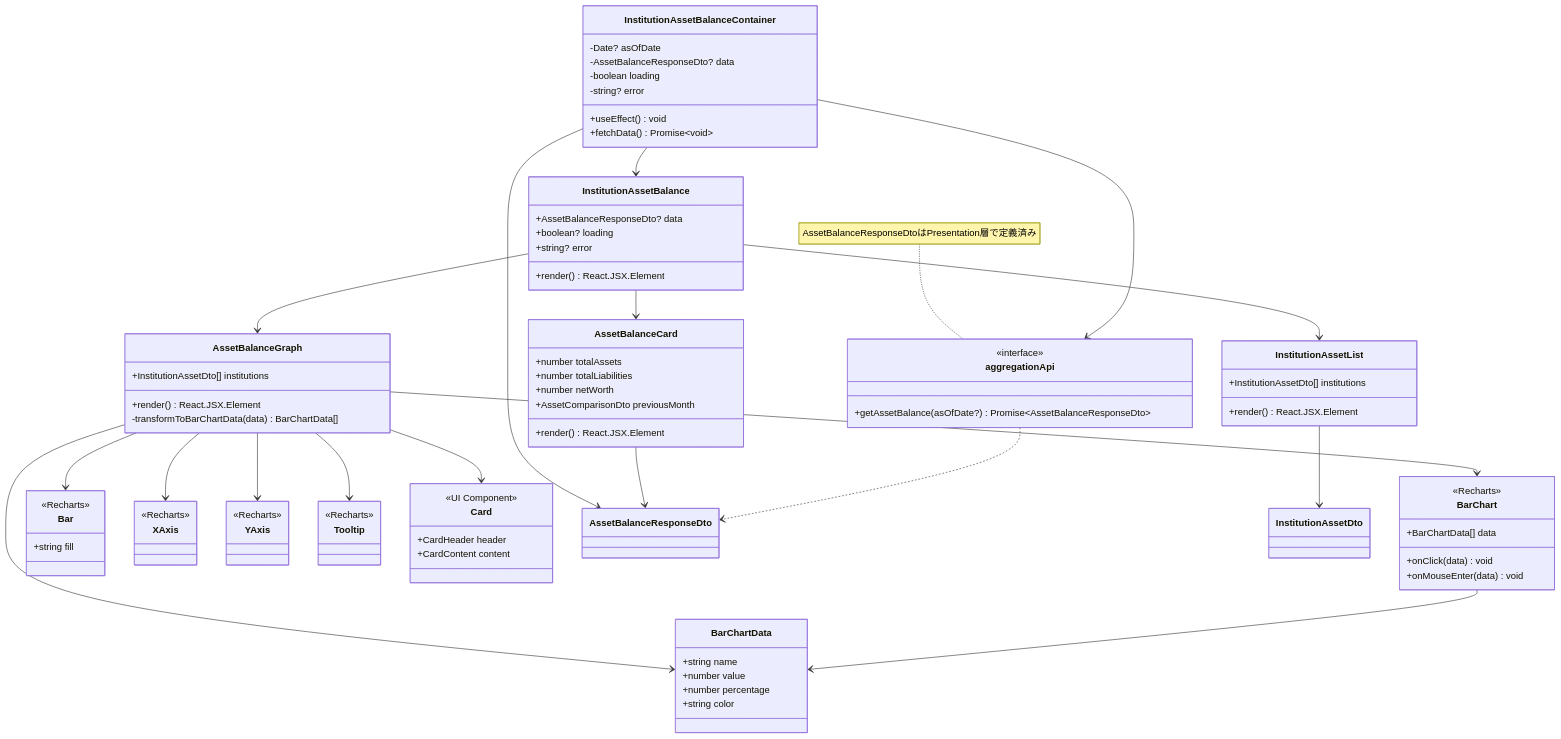
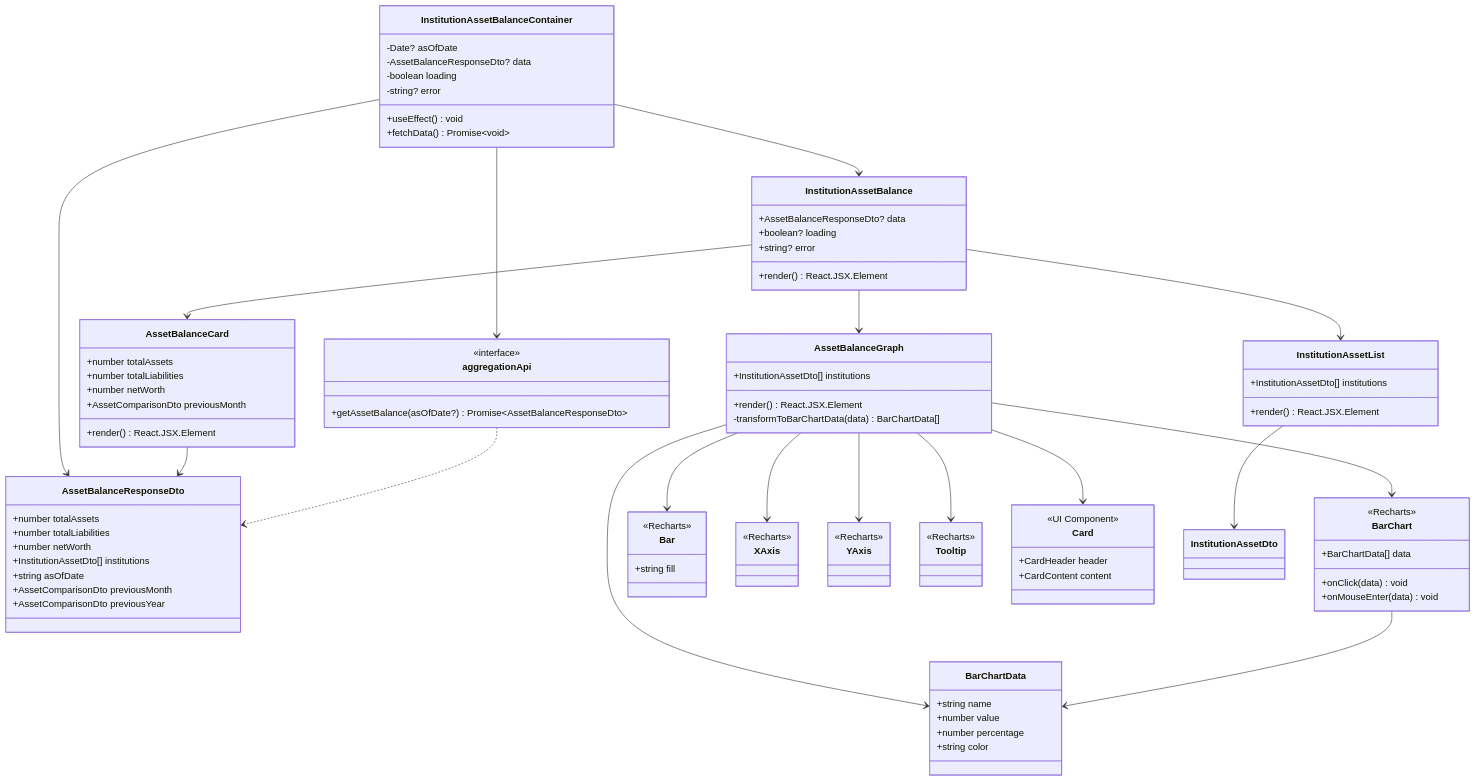
Before and after one commit to kencom2400/account-book: the fifth of 5 diagrams in docs/detailed-design/FR-026_institution-asset-balance/class-diagrams.md, drawn with Mermaid. The commit also changed other lines of this file and 7 other files, not shown here.

```diff
--- a/docs/detailed-design/FR-026_institution-asset-balance/class-diagrams.md
+++ b/docs/detailed-design/FR-026_institution-asset-balance/class-diagrams.md
@@ -363,7 +336,16 @@
         <<interface>>
         +getAssetBalance(asOfDate?) Promise~AssetBalanceResponseDto~
     }
-    note for aggregationApi "AssetBalanceResponseDtoはPresentation層で定義済み"
+
+    class AssetBalanceResponseDto {
+        +number totalAssets
+        +number totalLiabilities
+        +number netWorth
+        +InstitutionAssetDto[] institutions
+        +string asOfDate
+        +AssetComparisonDto previousMonth
+        +AssetComparisonDto previousYear
+    }
 
     class BarChart {
         <<Recharts>>
```
